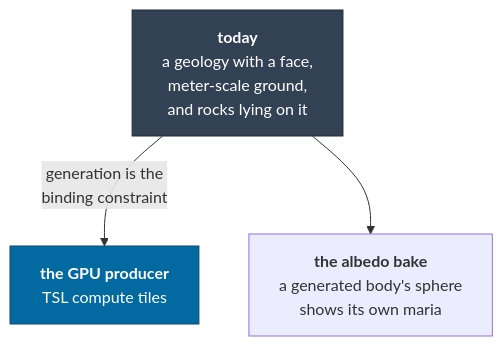
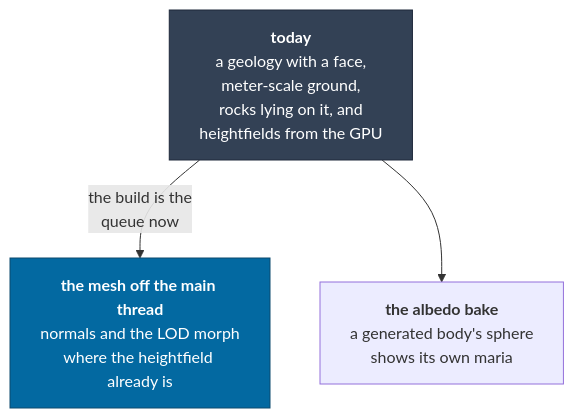
Before and after one commit to jonjaques/inertialref: the second of 3 diagrams in docs/roadmap.md, drawn with Mermaid. The commit also changed other lines of this file and 51 other files, not shown here.

First line of the commit message:
feat(render): heightfields come from a GPU tile producer, and the first frame has a camera (#44)

````diff
--- a/docs/roadmap.md
+++ b/docs/roadmap.md
@@ -114,12 +114,12 @@
 ```mermaid
 flowchart TB
-    NOW["<b>today</b><br/>a geology with a face,<br/>meter-scale ground,<br/>and rocks lying on it"]
-    F["<b>the GPU producer</b><br/>TSL compute tiles"]
+    NOW["<b>today</b><br/>a geology with a face,<br/>meter-scale ground,<br/>rocks lying on it, and<br/>heightfields from the GPU"]
+    F["<b>the mesh off the main thread</b><br/>normals and the LOD morph<br/>where the heightfield already is"]
     D["<b>the albedo bake</b><br/>a generated body's sphere<br/>shows its own maria"]
 
-    NOW -->|"generation is the<br/>binding constraint"| F
+    NOW -->|"the build is the<br/>queue now"| F
     NOW --> D
 
     style NOW fill:#334155,stroke:#1e293b,color:#fff
     style F fill:#0369a1,stroke:#0c4a6e,color:#fff
 ```
````
